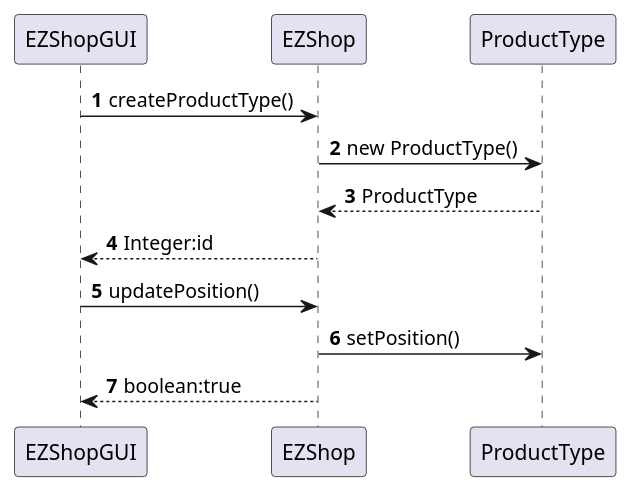
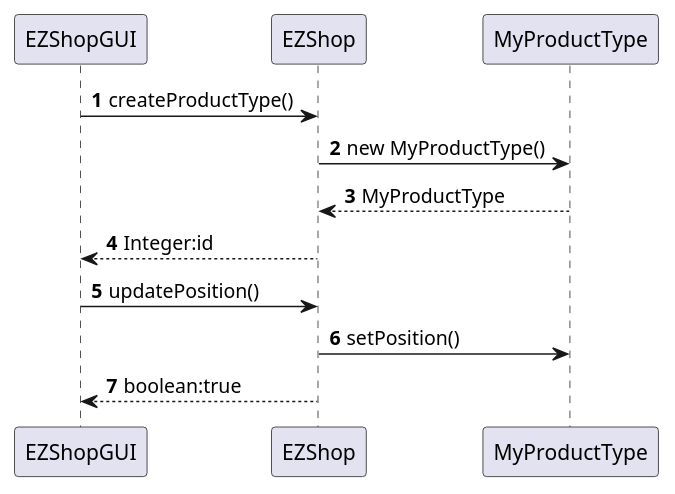
Before and after one commit to mkexc/ezshop: the third of 22 diagrams in Deliverables/DesignDocument.md, drawn with PlantUML. The commit also changed other lines of this file and 160 other files, not shown here.

````diff
--- a/Deliverables/DesignDocument.md
+++ b/Deliverables/DesignDocument.md
@@ -232,12 +224,12 @@
 ```plantuml
 @startuml
 autonumber
 EZShopGUI -> EZShop : createProductType()
-EZShop -> ProductType : new ProductType()
-ProductType --> EZShop : ProductType
+EZShop -> MyProductType : new MyProductType()
+MyProductType --> EZShop : MyProductType
 EZShopGUI <-- EZShop : Integer:id
 EZShopGUI -> EZShop : updatePosition()
-EZShop -> ProductType : setPosition()
+EZShop -> MyProductType : setPosition()
 EZShopGUI <-- EZShop : boolean:true
 @enduml
 ```
````
